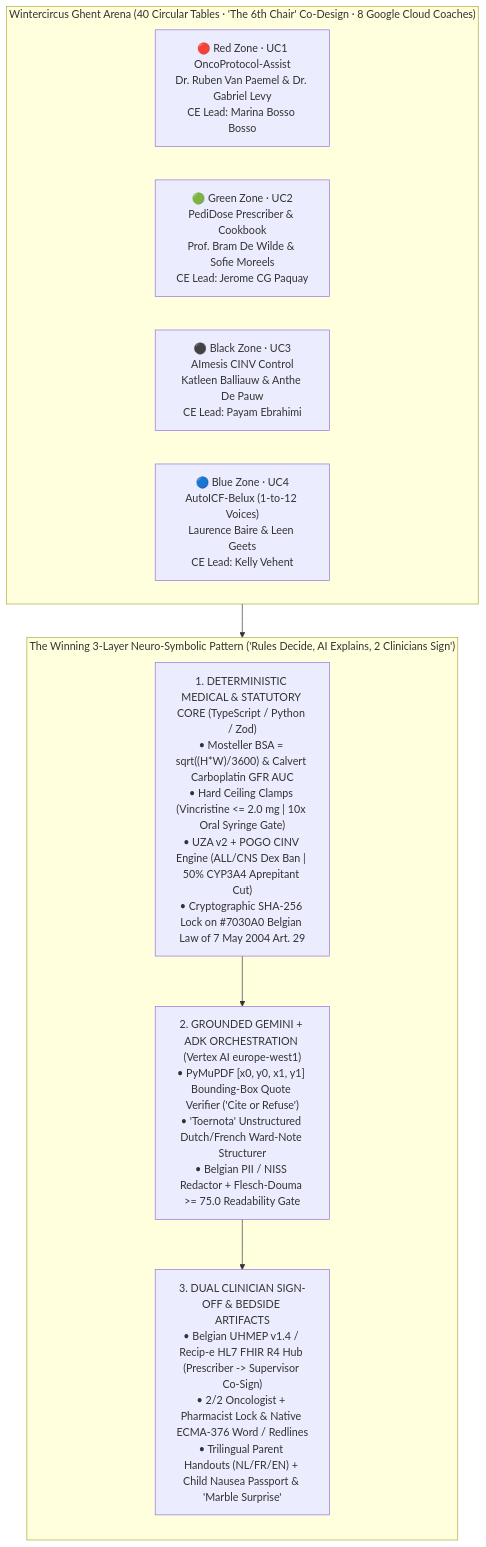
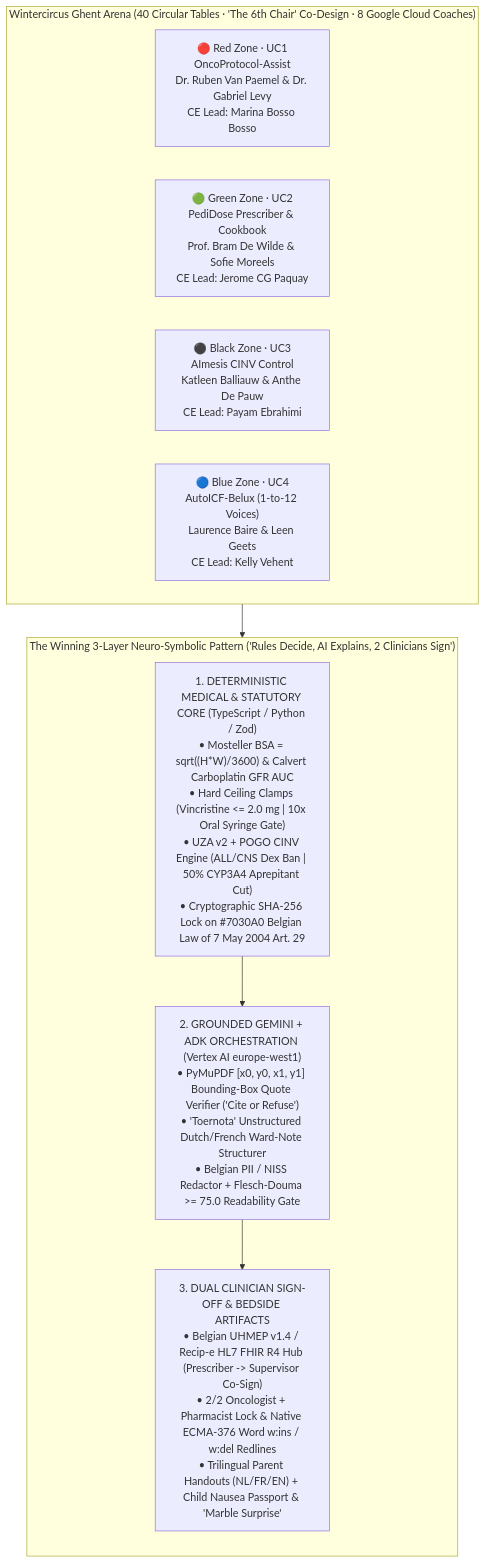
The first of 3 diagrams in _posts/2026-11-01-hacking-for-good-bspho-wintercircus-ghent-clinical-ai.md (jpaquay/jpaquay.github.io), drawn with Mermaid before and after one commit. The commit also changed other lines of this file and 8 other files, not shown here.

Commit message:
feat(layout,blog): widen desktop content layout, render Mermaid diagrams, and refine Nov 1 hero/intro

````diff
--- a/_posts/2026-11-01-hacking-for-good-bspho-wintercircus-ghent-clinical-ai.md
+++ b/_posts/2026-11-01-hacking-for-good-bspho-wintercircus-ghent-clinical-ai.md
@@ -77,20 +79,20 @@
 ```mermaid
 flowchart TB
     subgraph Arena["Wintercircus Ghent Arena (40 Circular Tables · 'The 6th Chair' Co-Design · 8 Google Cloud Coaches)"]
         direction LR
         UC1["🔴 Red Zone · UC1<br/>OncoProtocol-Assist<br/>Dr. Ruben Van Paemel & Dr. Gabriel Levy<br/>CE Lead: Marina Bosso Bosso"]
         UC2["🟢 Green Zone · UC2<br/>PediDose Prescriber & Cookbook<br/>Prof. Bram De Wilde & Sofie Moreels<br/>CE Lead: Jerome CG Paquay"]
         UC3["⚫ Black Zone · UC3<br/>AImesis CINV Control<br/>Katleen Balliauw & Anthe De Pauw<br/>CE Lead: Payam Ebrahimi"]
         UC4["🔵 Blue Zone · UC4<br/>AutoICF-Belux (1-to-12 Voices)<br/>Laurence Baire & Leen Geets<br/>CE Lead: Kelly Vehent"]
     end
 
     subgraph Core["The Winning 3-Layer Neuro-Symbolic Pattern ('Rules Decide, AI Explains, 2 Clinicians Sign')"]
         direction TB
         L1["1. DETERMINISTIC MEDICAL & STATUTORY CORE (TypeScript / Python / Zod)<br/>• Mosteller BSA = sqrt((H*W)/3600) & Calvert Carboplatin GFR AUC<br/>• Hard Ceiling Clamps (Vincristine <= 2.0 mg | 10x Oral Syringe Gate)<br/>• UZA v2 + POGO CINV Engine (ALL/CNS Dex Ban | 50% CYP3A4 Aprepitant Cut)<br/>• Cryptographic SHA-256 Lock on #7030A0 Belgian Law of 7 May 2004 Art. 29"]
         L2["2. GROUNDED GEMINI + ADK ORCHESTRATION (Vertex AI europe-west1)<br/>• PyMuPDF [x0, y0, x1, y1] Bounding-Box Quote Verifier ('Cite or Refuse')<br/>• 'Toernota' Unstructured Dutch/French Ward-Note Structurer<br/>• Belgian PII / NISS Redactor + Flesch-Douma >= 75.0 Readability Gate"]
-        L3["3. DUAL CLINICIAN SIGN-OFF & BEDSIDE ARTIFACTS<br/>• Belgian UHMEP v1.4 / Recip-e HL7 FHIR R4 Hub (Prescriber -> Supervisor Co-Sign)<br/>• 2/2 Oncologist + Pharmacist Lock & Native ECMA-376 Word <w:ins>/<w:del> Redlines<br/>• Trilingual Parent Handouts (NL/FR/EN) + Child Nausea Passport & 'Marble Surprise'"]
+        L3["3. DUAL CLINICIAN SIGN-OFF & BEDSIDE ARTIFACTS<br/>• Belgian UHMEP v1.4 / Recip-e HL7 FHIR R4 Hub (Prescriber -> Supervisor Co-Sign)<br/>• 2/2 Oncologist + Pharmacist Lock & Native ECMA-376 Word w:ins / w:del Redlines<br/>• Trilingual Parent Handouts (NL/FR/EN) + Child Nausea Passport & 'Marble Surprise'"]
         L1 --> L2 --> L3
     end
 
     Arena --> Core
 ```
````
